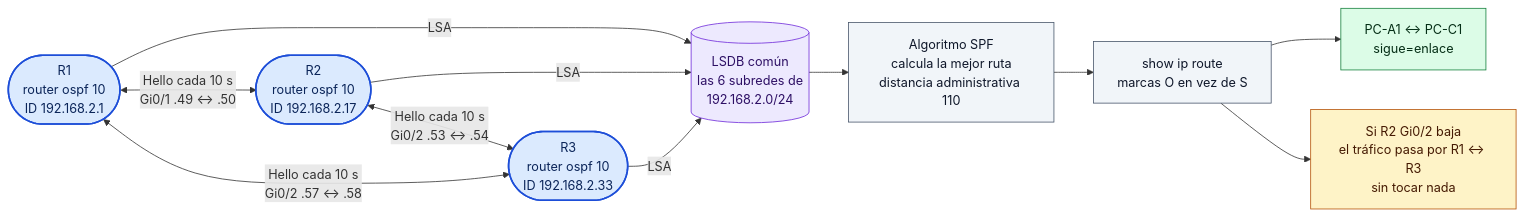
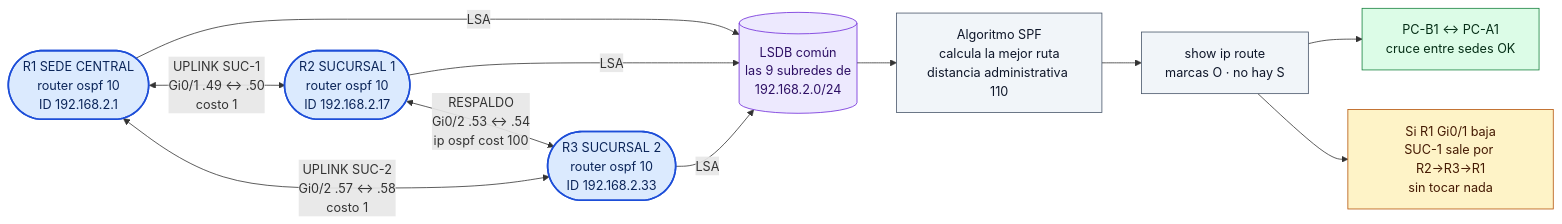
One commit to isaca0315/laboratorio-vlan-dhcp changed the fifth of 11 diagrams in DIAGRAMAS.md. Above: the diagram before and after it, drawn with Mermaid. The commit also changed other lines of this file, not shown here.

Commit message:
Agregar diagramas Mermaid para draw.io: topologia hub-and-spoke, native VLAN, router-on-a-stick, DHCP por VLAN y redundancia

````diff
--- a/DIAGRAMAS.md
+++ b/DIAGRAMAS.md
@@ -176,31 +204,31 @@
 ```mermaid
 flowchart LR
-  R1(["R1<br/>router ospf 10<br/>ID 192.168.2.1"])
-  R2(["R2<br/>router ospf 10<br/>ID 192.168.2.17"])
-  R3(["R3<br/>router ospf 10<br/>ID 192.168.2.33"])
+  R1(["R1 SEDE CENTRAL<br/>router ospf 10<br/>ID 192.168.2.1"])
+  R2(["R2 SUCURSAL 1<br/>router ospf 10<br/>ID 192.168.2.17"])
+  R3(["R3 SUCURSAL 2<br/>router ospf 10<br/>ID 192.168.2.33"])
 
-  R1 <-->|"Hello cada 10 s<br/>Gi0/1 .49 ↔ .50"| R2
-  R2 <-->|"Hello cada 10 s<br/>Gi0/2 .53 ↔ .54"| R3
-  R3 <-->|"Hello cada 10 s<br/>Gi0/2 .57 ↔ .58"| R1
+  R1 <-->|"UPLINK SUC-1<br/>Gi0/1 .49 ↔ .50<br/>costo 1"| R2
+  R2 <-->|"RESPALDO<br/>Gi0/2 .53 ↔ .54<br/>ip ospf cost 100"| R3
+  R3 <-->|"UPLINK SUC-2<br/>Gi0/2 .57 ↔ .58<br/>costo 1"| R1
 
-  DB[("LSDB común<br/>las 6 subredes de<br/>192.168.2.0/24")]
+  DB[("LSDB común<br/>las 9 subredes de<br/>192.168.2.0/24")]
   R1 -->|"LSA"| DB
   R2 -->|"LSA"| DB
   R3 -->|"LSA"| DB
 
   DB --> SPF["Algoritmo SPF<br/>calcula la mejor ruta<br/>distancia administrativa 110"]
-  SPF --> TABLA["show ip route<br/>marcas O en vez de S"]
-  TABLA --> PC["PC-A1 ↔ PC-C1<br/>sigue=enlace"]
-  TABLA --> CORTE["Si R2 Gi0/2 baja<br/>el tráfico pasa por R1 ↔ R3<br/>sin tocar nada"]
+  SPF --> TABLA["show ip route<br/>marcas O · no hay S"]
+  TABLA --> PC["PC-B1 ↔ PC-A1<br/>cruce entre sedes OK"]
+  TABLA --> CORTE["Si R1 Gi0/1 baja<br/>SUC-1 sale por R2→R3→R1<br/>sin tocar nada"]
 
   classDef router fill:#dbeafe,stroke:#1d4ed8,stroke-width:2px,color:#0b2559
   classDef db fill:#ede9fe,stroke:#6d28d9,color:#2e1065
   classDef paso fill:#f1f5f9,stroke:#475569,color:#0f172a
   classDef ok fill:#dcfce7,stroke:#15803d,color:#052e16
   classDef warn fill:#fef3c7,stroke:#b45309,color:#451a03
   class R1,R2,R3 router
   class DB db
   class SPF,TABLA paso
   class PC ok
   class CORTE warn
 ```
````
